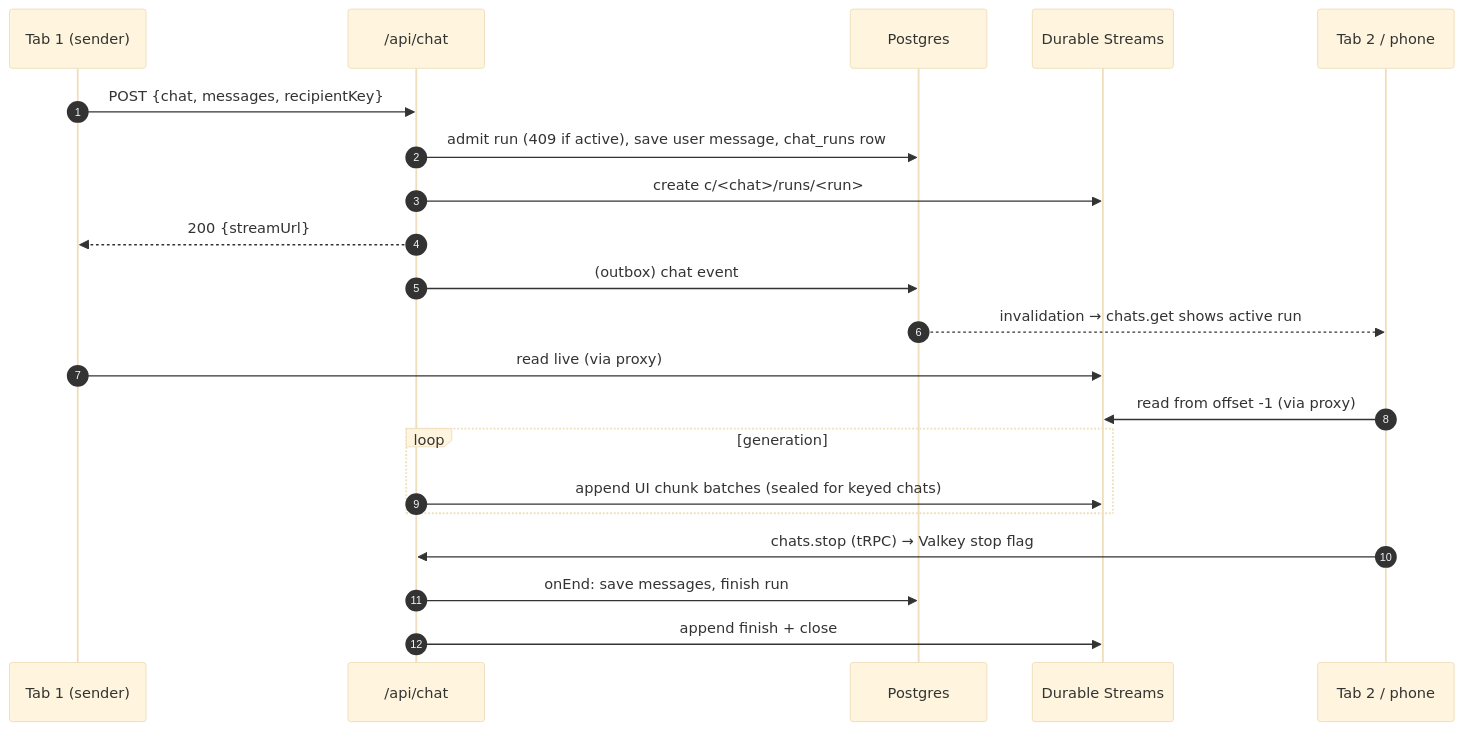
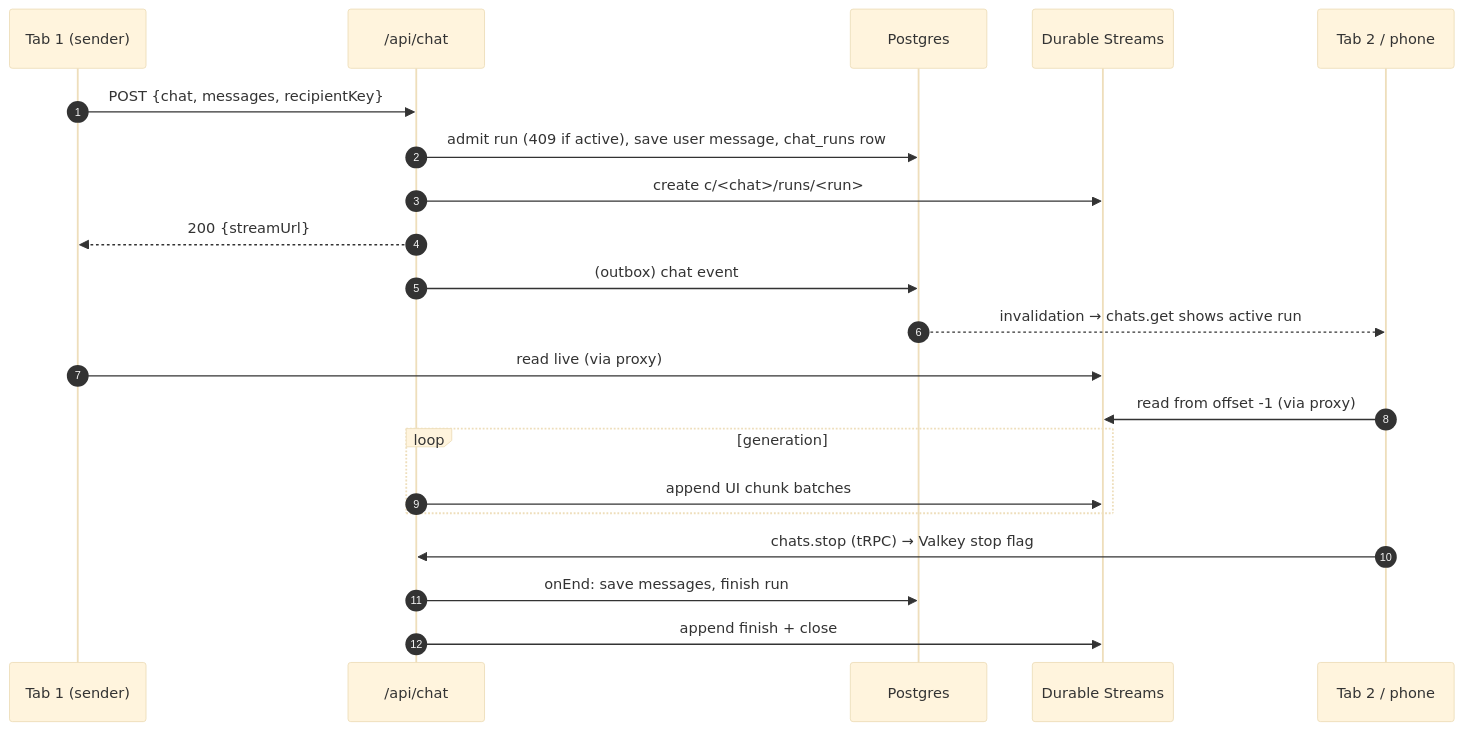
Before and after one commit to alkalines/Radium: the first of 2 diagrams in docs/Backend_Migration/Live_Data.md, drawn with Mermaid (base theme). The commit also changed other lines of this file and 5 other files, not shown here.

````diff
--- a/docs/Backend_Migration/Live_Data.md
+++ b/docs/Backend_Migration/Live_Data.md
@@ -89,24 +89,24 @@
 ```mermaid
 sequenceDiagram
     autonumber
     participant T1 as Tab 1 (sender)
     participant API as /api/chat
     participant PG as Postgres
     participant DS as Durable Streams
     participant T2 as Tab 2 / phone
 
     T1->>API: POST {chat, messages, recipientKey}
     API->>PG: admit run (409 if active), save user message, chat_runs row
     API->>DS: create c/<chat>/runs/<run>
     API-->>T1: 200 {streamUrl}
     API->>PG: (outbox) chat event
     PG-->>T2: invalidation → chats.get shows active run
     T1->>DS: read live (via proxy)
     T2->>DS: read from offset -1 (via proxy)
     loop generation
-        API->>DS: append UI chunk batches (sealed for keyed chats)
+        API->>DS: append UI chunk batches
     end
     T2->>API: chats.stop (tRPC) → Valkey stop flag
     API->>PG: onEnd: save messages, finish run
     API->>DS: append finish + close
 ```
````
